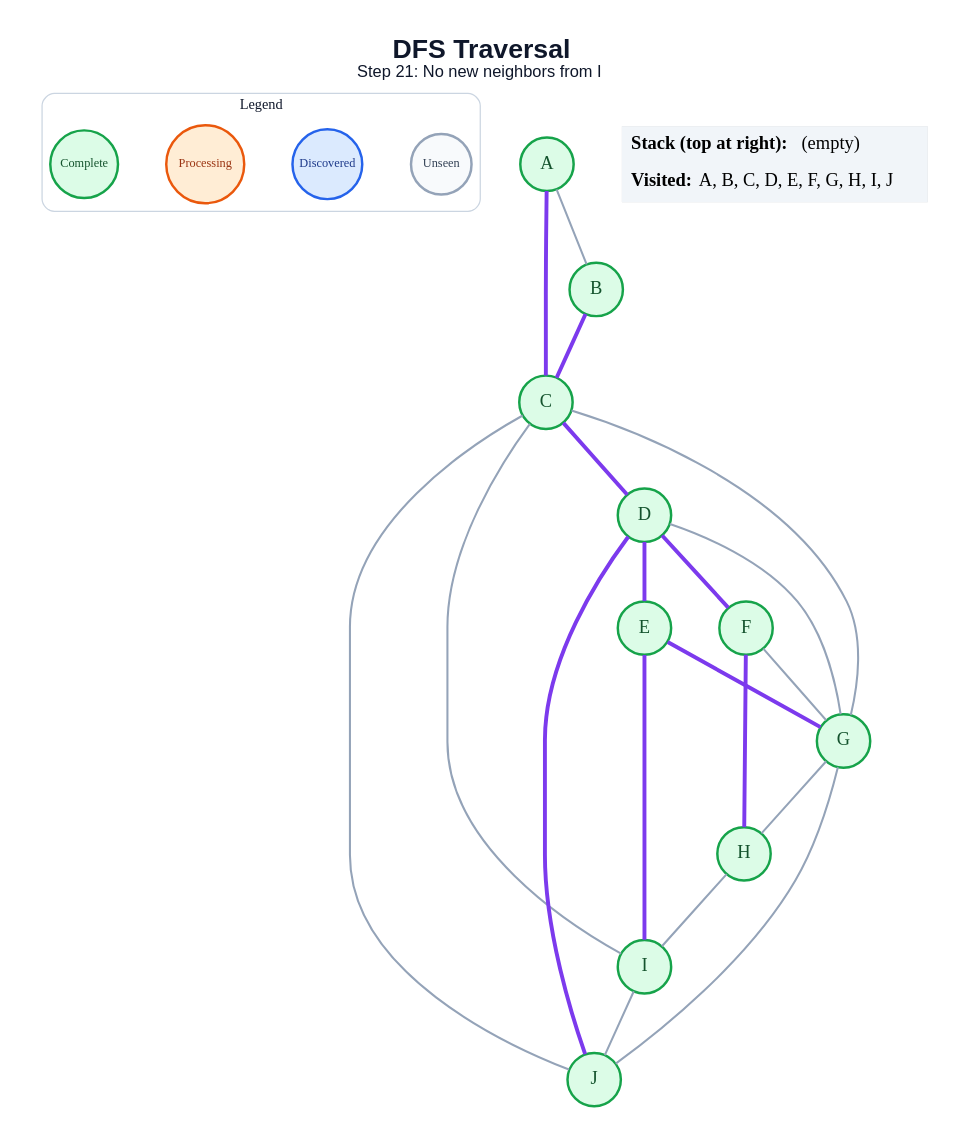
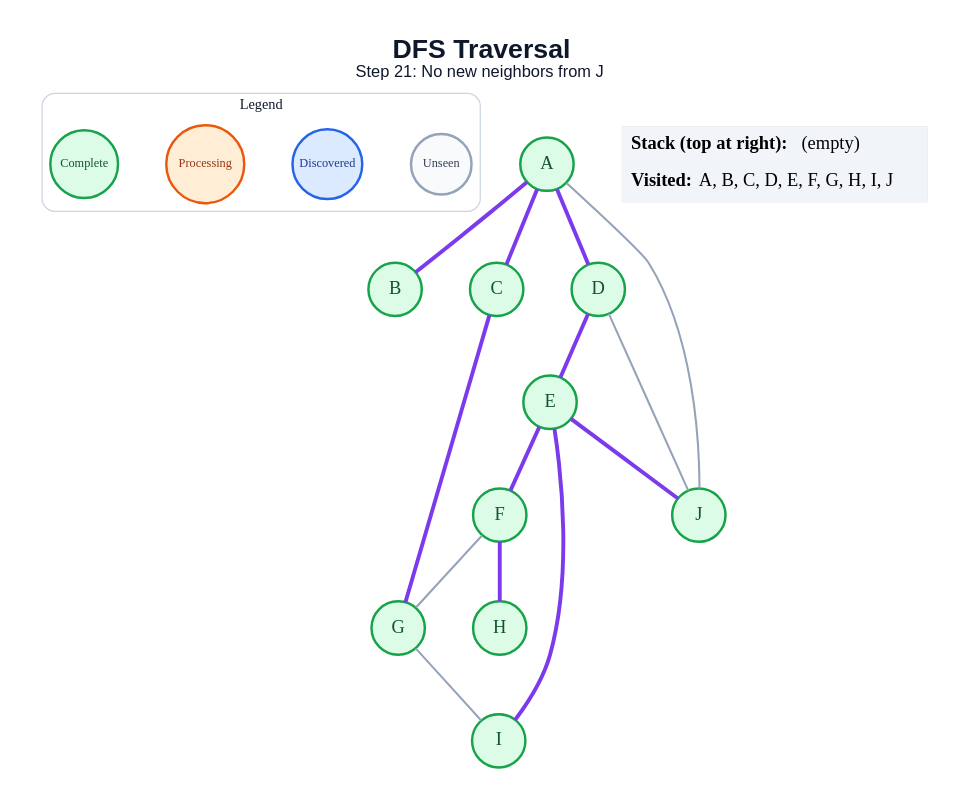
One commit to anon7238593-create/ai-slop changed the diagram in generated/specific-node/dfs/step_21.dot. Above: the diagram before and after it, drawn with Graphviz. The commit also changed 171 other files, not shown here.

```diff
--- a/generated/specific-node/dfs/step_21.dot
+++ b/generated/specific-node/dfs/step_21.dot
@@ -1,48 +1,42 @@
 graph traversal {
   graph [layout=dot, rankdir=TB, bgcolor="#FFFFFF", pad="0.35", nodesep="0.65", ranksep="0.8", fontname="Arial"];
   node [shape=circle, style="filled", fontname="Arial Bold", fontsize=18, width=0.72, fixedsize=true, penwidth=2.4];
   edge [color="#94A3B8", penwidth=2.0];
-  label=<<B>DFS Traversal</B><BR/><FONT POINT-SIZE="16">Step 21: No new neighbors from I</FONT>>; labelloc="t"; fontsize=26; fontname="Arial"; fontcolor="#0F172A";
+  label=<<B>DFS Traversal</B><BR/><FONT POINT-SIZE="16">Step 21: No new neighbors from J</FONT>>; labelloc="t"; fontsize=26; fontname="Arial"; fontcolor="#0F172A";
   subgraph cluster_legend { label="Legend"; color="#CBD5E1"; penwidth=1.2; style="rounded"; fontsize=14; fontname="Arial Bold";
     key_unseen [label="Unseen", fillcolor="#F8FAFC", color="#94A3B8", fontcolor="#334155", fontsize=12, width=0.82];
     key_frontier [label="Discovered", fillcolor="#DBEAFE", color="#2563EB", fontcolor="#1E3A8A", fontsize=12, width=0.95];
     key_current [label="Processing", fillcolor="#FFEDD5", color="#EA580C", fontcolor="#9A3412", fontsize=12, width=1.05];
     key_done [label="Complete", fillcolor="#DCFCE7", color="#16A34A", fontcolor="#14532D", fontsize=12, width=0.92];
     { rank=same; key_unseen; key_frontier; key_current; key_done; }
   }
   A [fillcolor="#DCFCE7", color="#16A34A", fontcolor="#14532D"];
   B [fillcolor="#DCFCE7", color="#16A34A", fontcolor="#14532D"];
   C [fillcolor="#DCFCE7", color="#16A34A", fontcolor="#14532D"];
   D [fillcolor="#DCFCE7", color="#16A34A", fontcolor="#14532D"];
   E [fillcolor="#DCFCE7", color="#16A34A", fontcolor="#14532D"];
   F [fillcolor="#DCFCE7", color="#16A34A", fontcolor="#14532D"];
   G [fillcolor="#DCFCE7", color="#16A34A", fontcolor="#14532D"];
   H [fillcolor="#DCFCE7", color="#16A34A", fontcolor="#14532D"];
   I [fillcolor="#DCFCE7", color="#16A34A", fontcolor="#14532D"];
   J [fillcolor="#DCFCE7", color="#16A34A", fontcolor="#14532D"];
-  A -- B;
+  A -- B [color="#7C3AED", penwidth=3.8];
   A -- C [color="#7C3AED", penwidth=3.8];
-  B -- C [color="#7C3AED", penwidth=3.8];
-  C -- D [color="#7C3AED", penwidth=3.8];
-  C -- G;
-  C -- I;
-  C -- J;
+  A -- D [color="#7C3AED", penwidth=3.8];
+  A -- J;
+  C -- G [color="#7C3AED", penwidth=3.8];
   D -- E [color="#7C3AED", penwidth=3.8];
-  D -- F [color="#7C3AED", penwidth=3.8];
-  D -- G;
-  D -- J [color="#7C3AED", penwidth=3.8];
-  E -- G [color="#7C3AED", penwidth=3.8];
+  D -- J;
+  E -- F [color="#7C3AED", penwidth=3.8];
   E -- I [color="#7C3AED", penwidth=3.8];
+  E -- J [color="#7C3AED", penwidth=3.8];
   F -- G;
   F -- H [color="#7C3AED", penwidth=3.8];
-  G -- H;
-  G -- J;
-  H -- I;
-  I -- J;
+  G -- I;
   status [shape=plain, fixedsize=false, width=0, height=0, margin=0, label=<
     <TABLE BORDER="0" CELLBORDER="0" CELLPADDING="7" BGCOLOR="#F1F5F9">
       <TR><TD ALIGN="LEFT"><B>Stack (top at right):</B> (empty)</TD></TR>
       <TR><TD ALIGN="LEFT"><B>Visited:</B> A, B, C, D, E, F, G, H, I, J</TD></TR>
     </TABLE>
   >];
 }
```
